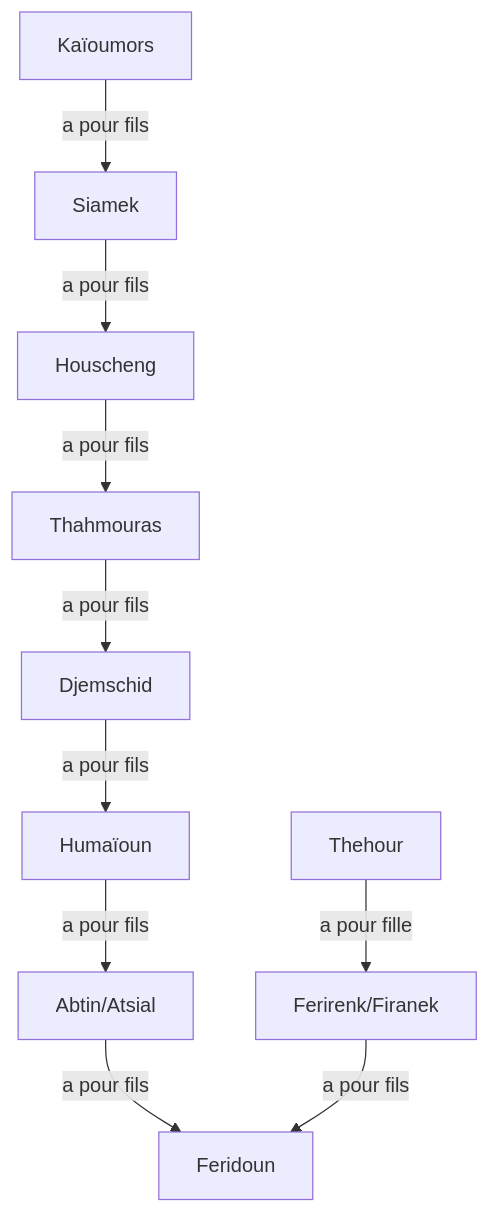
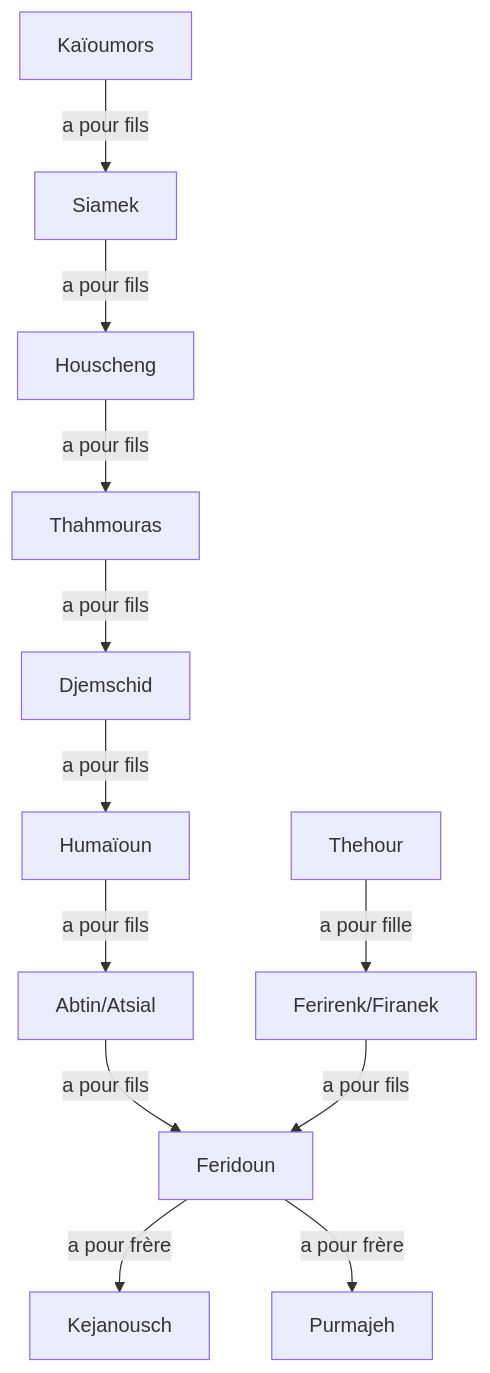
The diagram in src/graphs/kaioumors/kaioumors.mmd (hdorgeval/le-livre-des-rois), drawn with Mermaid before and after one commit.

Commit message:
feat(kaioumors): update genealogy graph

```diff
--- a/src/graphs/kaioumors/kaioumors.mmd
+++ b/src/graphs/kaioumors/kaioumors.mmd
@@ -1,10 +1,12 @@
 graph TD
 Kaïoumors --a pour fils--> Siamek
 Siamek --a pour fils--> Houscheng
 Houscheng --a pour fils--> Thahmouras
 Thahmouras --a pour fils--> Djemschid
 Djemschid --a pour fils--> Humaïoun
 Humaïoun --a pour fils-->Abtin/Atsial
 Abtin/Atsial --a pour fils--> Feridoun
 Thehour --a pour fille--> Ferirenk/Firanek
 Ferirenk/Firanek --a pour fils--> Feridoun
+Feridoun --a pour frère--> Kejanousch
+Feridoun --a pour frère--> Purmajeh
```
